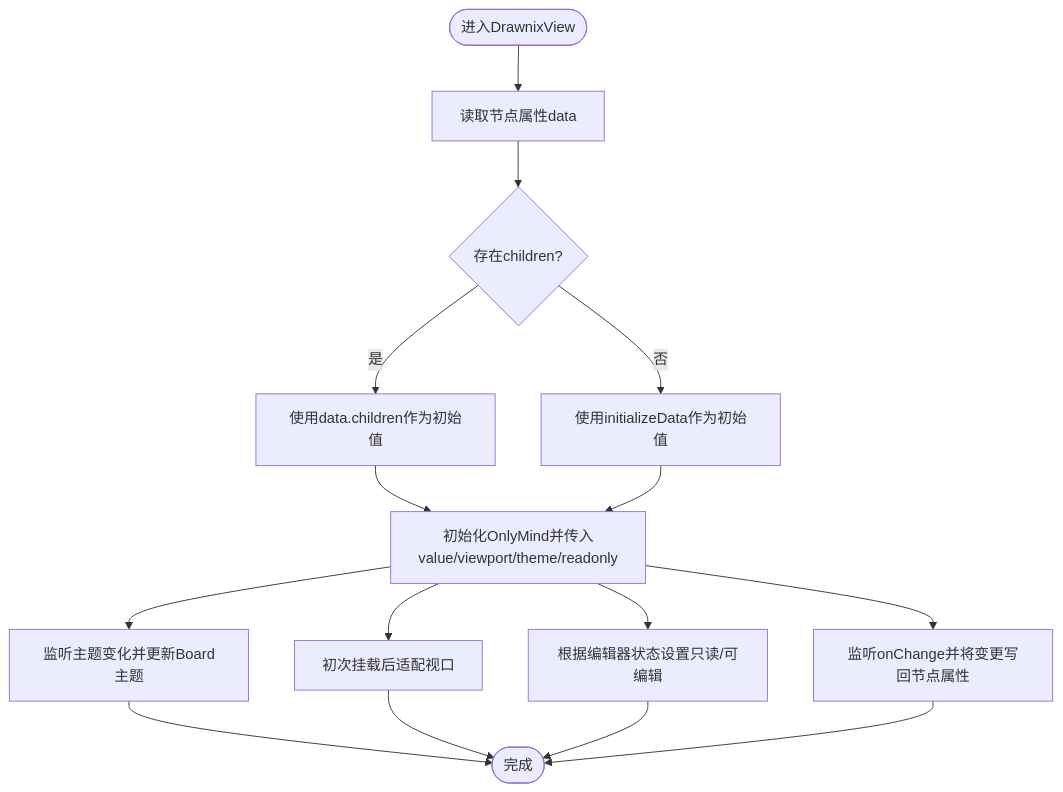
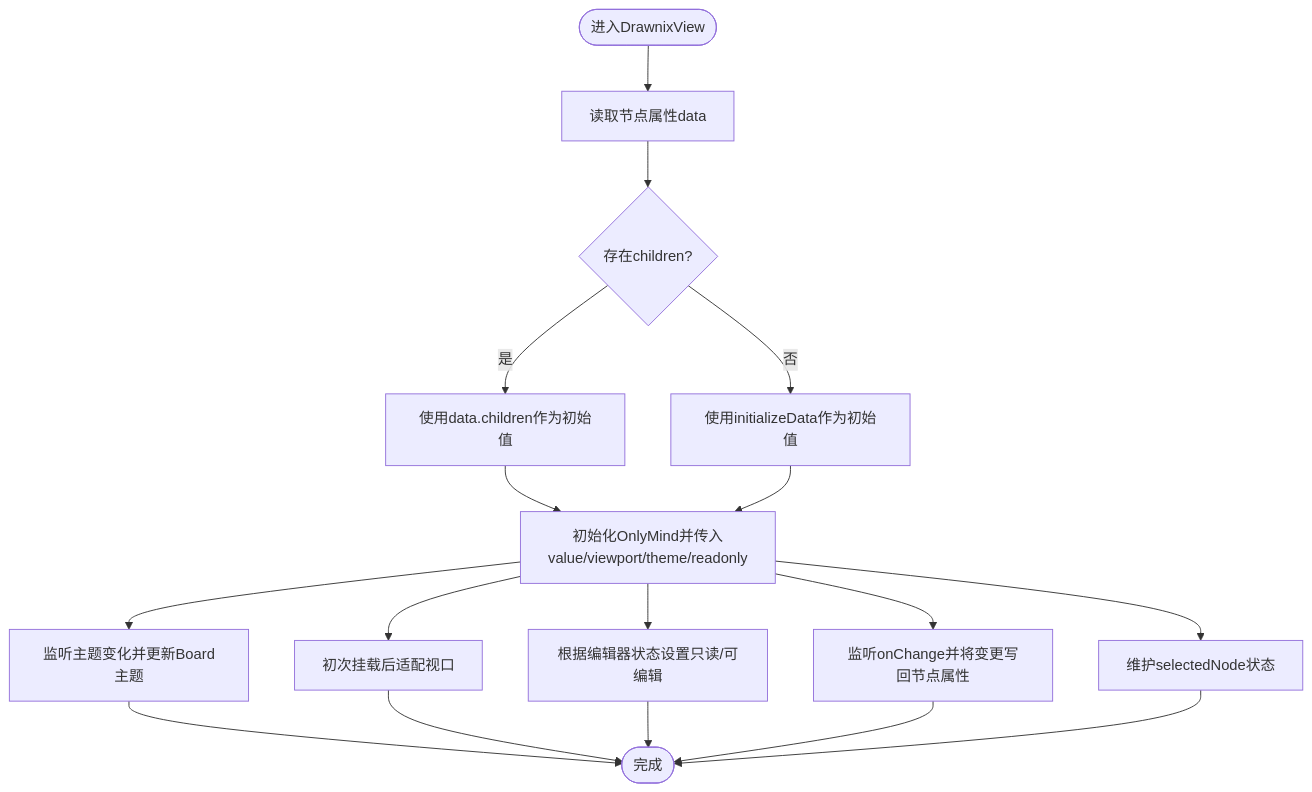
Before and after one commit to LRF0422/Kotion: the third of 8 diagrams in .qoder/repowiki/zh/content/功能模块/绘图插件/Drawnix思维导图插件.md, drawn with Mermaid. The commit also changed other lines of this file and 45 other files, not shown here.

````diff
--- a/.qoder/repowiki/zh/content/功能模块/绘图插件/Drawnix思维导图插件.md
+++ b/.qoder/repowiki/zh/content/功能模块/绘图插件/Drawnix思维导图插件.md
@@ -165,17 +178,19 @@
 ```mermaid
 flowchart TD
 Start(["进入DrawnixView"]) --> ReadAttrs["读取节点属性data"]
 ReadAttrs --> HasData{"存在children?"}
 HasData --> |是| UseChildren["使用data.children作为初始值"]
 HasData --> |否| UseDefault["使用initializeData作为初始值"]
 UseChildren --> InitBoard["初始化OnlyMind并传入value/viewport/theme/readonly"]
 UseDefault --> InitBoard
 InitBoard --> ThemeWatch["监听主题变化并更新Board主题"]
 InitBoard --> FitVP["初次挂载后适配视口"]
 InitBoard --> Editable["根据编辑器状态设置只读/可编辑"]
 InitBoard --> OnChange["监听onChange并将变更写回节点属性"]
+InitBoard --> Selection["维护selectedNode状态"]
 ThemeWatch --> End(["完成"])
 FitVP --> End
 Editable --> End
 OnChange --> End
+Selection --> End
 ```
````
